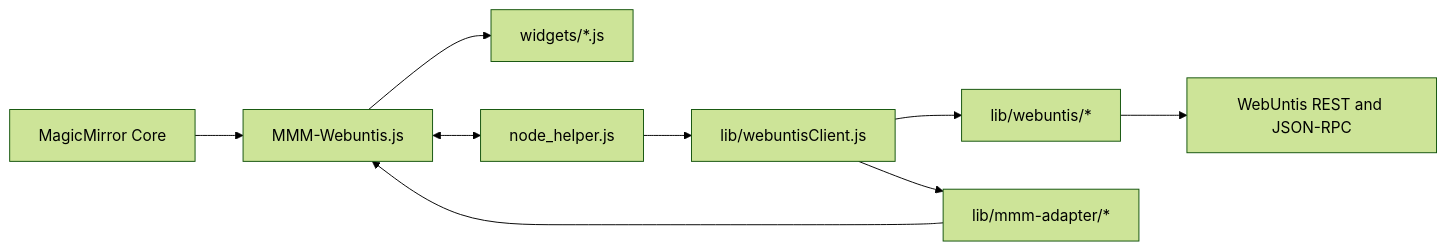
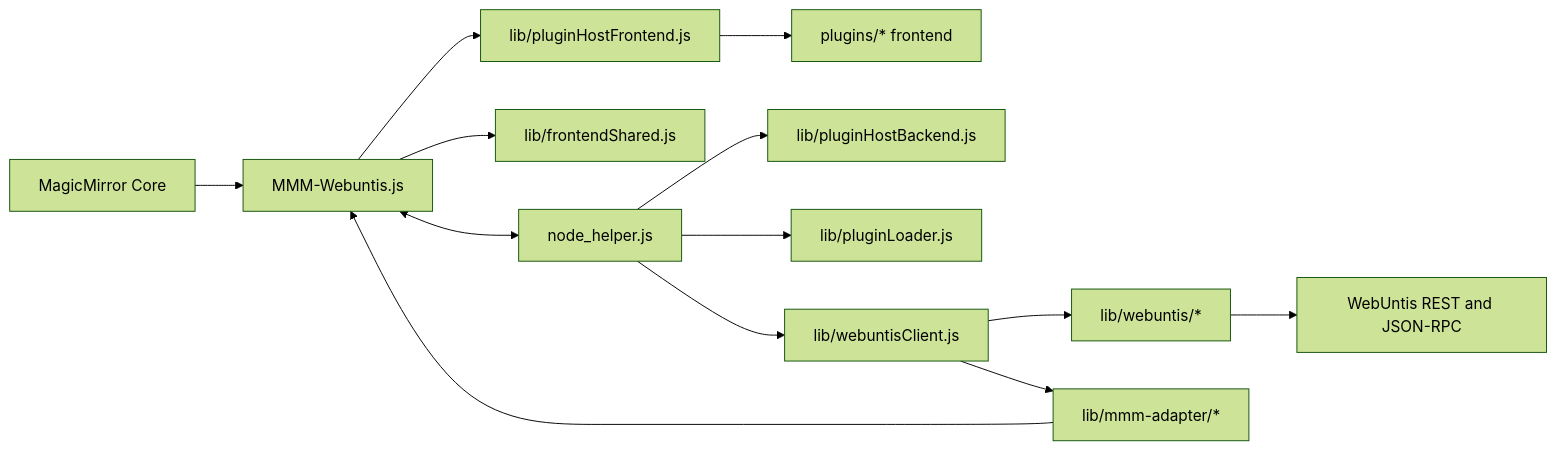
One commit to HeikoGr/MMM-Webuntis changed the diagram in docs/ARCHITECTURE.md. Above: the diagram before and after it, drawn with Mermaid (forest theme). The commit also changed other lines of this file and 76 other files, not shown here.

````diff
--- a/docs/ARCHITECTURE.md
+++ b/docs/ARCHITECTURE.md
@@ -18,20 +18,28 @@
 ```mermaid
 flowchart LR
     MM[MagicMirror Core]
     FE[MMM-Webuntis.js]
-    W[widgets/*.js]
+    PH[lib/pluginHostFrontend.js]
+    P[plugins/* frontend]
+    FS[lib/frontendShared.js]
     NH[node_helper.js]
+    PB[lib/pluginHostBackend.js]
+    PL[lib/pluginLoader.js]
     FACADE[lib/webuntisClient.js]
     CORE[lib/webuntis/*]
     BUILD[lib/mmm-adapter/*]
     API[WebUntis REST and JSON-RPC]
 
     MM --> FE
-    FE --> W
+    FE --> PH
+    FE --> FS
+    PH --> P
     FE <--> NH
+    NH --> PL
+    NH --> PB
     NH --> FACADE
     FACADE --> CORE
     FACADE --> BUILD
     CORE --> API
     BUILD --> FE
 ```
````
